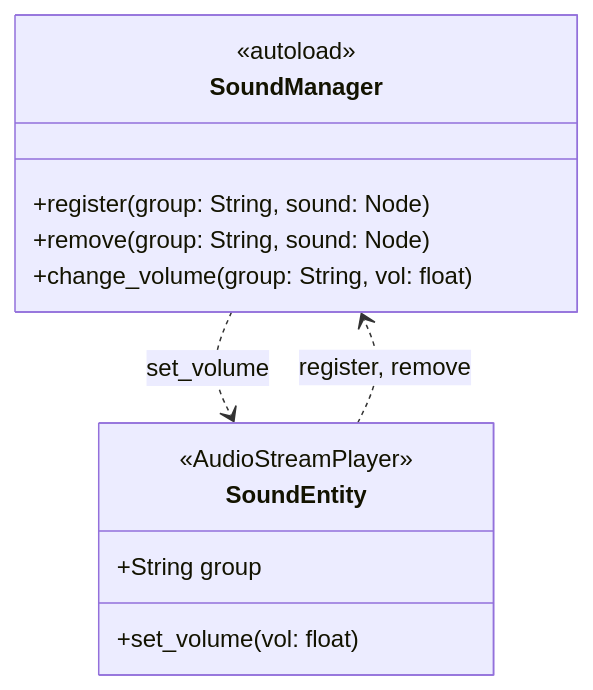
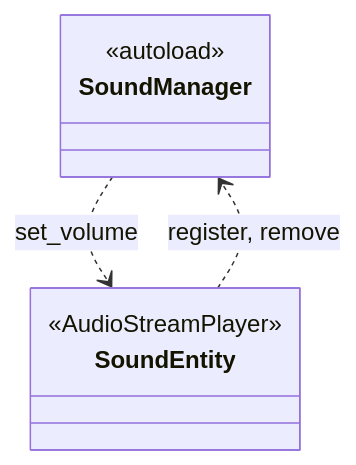
Before and after one commit to Cat-aclsym/documentation: the diagram in src/content/docs/development/guides/audio.md, drawn with Mermaid. The commit also changed other lines of this file and 51 other files, not shown here.

Commit message:
docs: Add game sprites, Starlight components and simpler diagrams, with green links and an indented sidebar.

````diff
--- a/src/content/docs/development/guides/audio.md
+++ b/src/content/docs/development/guides/audio.md
@@ -11,16 +11,11 @@
 ```mermaid
 classDiagram
     class SoundManager {
         <<autoload>>
-        +register(group: String, sound: Node)
-        +remove(group: String, sound: Node)
-        +change_volume(group: String, vol: float)
     }
     class SoundEntity {
         <<AudioStreamPlayer>>
-        +String group
-        +set_volume(vol: float)
     }
     SoundEntity ..> SoundManager : register, remove
     SoundManager ..> SoundEntity : set_volume
 ```
````
